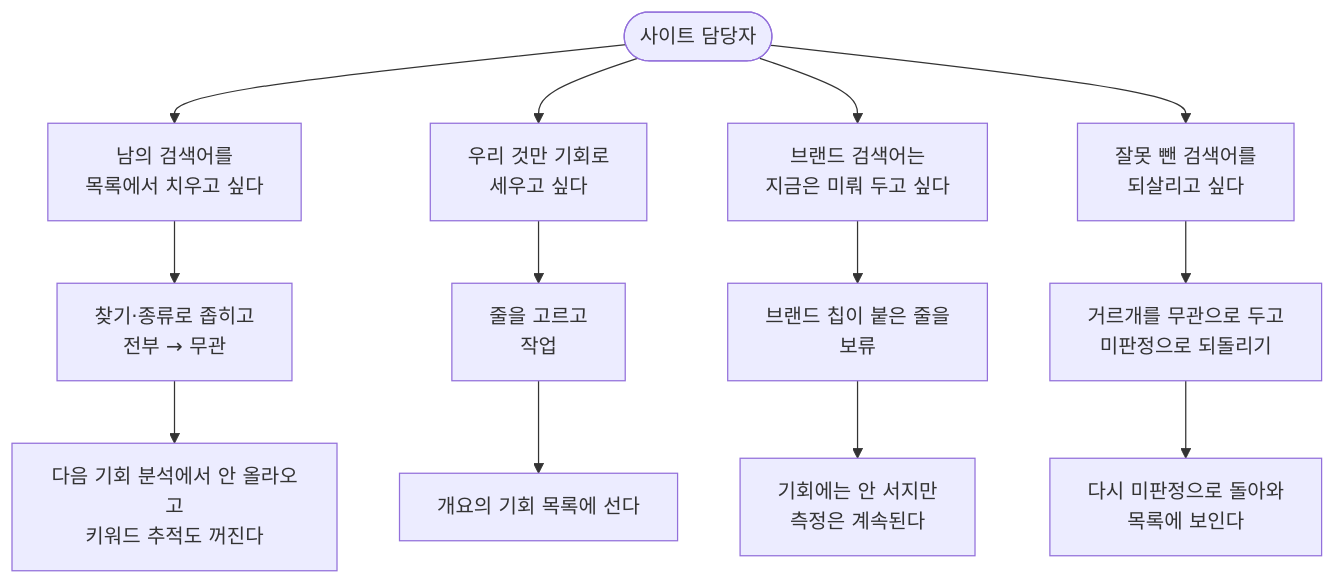
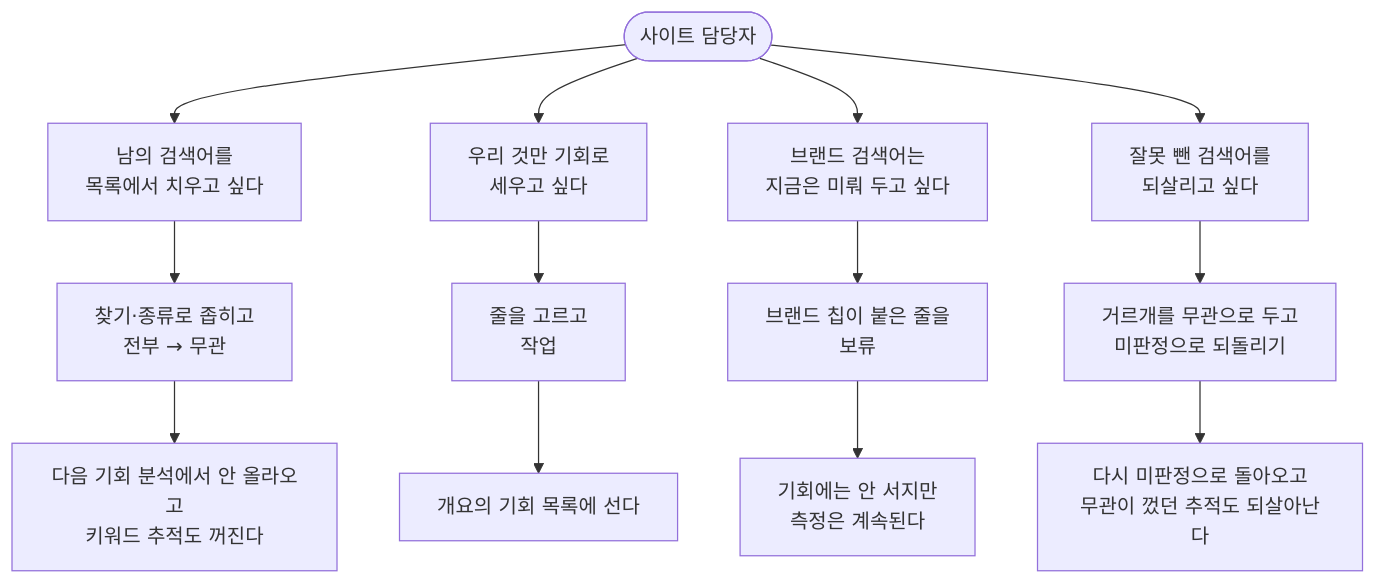
One commit to seanjr2847/seo-miner changed the diagram in docs/screens/triage.md. Above: the diagram before and after it, drawn with Mermaid. The commit also changed other lines of this file and 30 other files, not shown here.

````diff
--- a/docs/screens/triage.md
+++ b/docs/screens/triage.md
@@ -60,18 +61,18 @@
 ```mermaid
 flowchart TD
   U(["사이트 담당자"])
   U --> A["남의 검색어를<br/>목록에서 치우고 싶다"]
   U --> B["우리 것만 기회로<br/>세우고 싶다"]
   U --> C["브랜드 검색어는<br/>지금은 미뤄 두고 싶다"]
   U --> D["잘못 뺀 검색어를<br/>되살리고 싶다"]
 
   A --> A1["찾기·종류로 좁히고<br/>전부 → 무관"]
   B --> B1["줄을 고르고<br/>작업"]
   C --> C1["브랜드 칩이 붙은 줄을<br/>보류"]
   D --> D1["거르개를 무관으로 두고<br/>미판정으로 되돌리기"]
 
   A1 --> R1["다음 기회 분석에서 안 올라오고<br/>키워드 추적도 꺼진다"]
   B1 --> R2["개요의 기회 목록에 선다"]
   C1 --> R3["기회에는 안 서지만<br/>측정은 계속된다"]
-  D1 --> R4["다시 미판정으로 돌아와<br/>목록에 보인다"]
+  D1 --> R4["다시 미판정으로 돌아오고<br/>무관이 껐던 추적도 되살아난다"]
 ```
````
